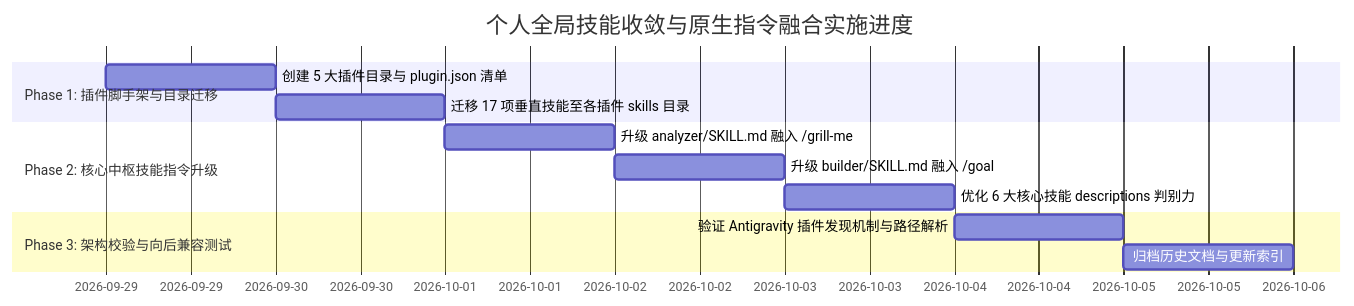
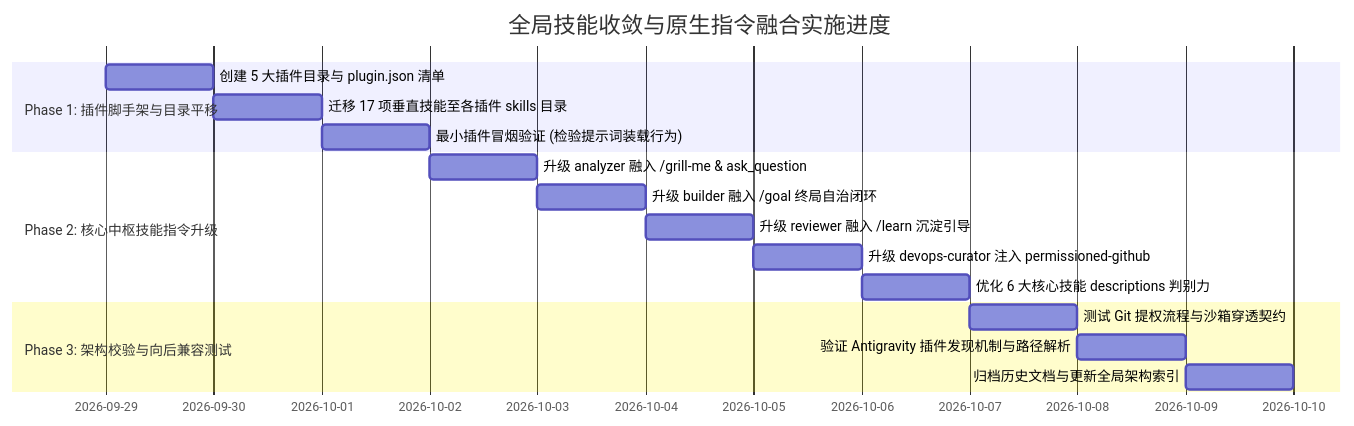
Before and after one commit to TREYWANGCQU/.gemini: the fifth of 5 diagrams in config/docs/20260928_global_skills_asset_convergence_and_command_integration_architecture.md, drawn with Mermaid. The commit also changed other lines of this file and 53 other files, not shown here.

Commit message:
feat: add global skill configurations and integration architecture document

````diff
--- a/config/docs/20260928_global_skills_asset_convergence_and_command_integration_architecture.md
+++ b/config/docs/20260928_global_skills_asset_convergence_and_command_integration_architecture.md
@@ -147,15 +203,19 @@
 ```mermaid
 gantt
-    title 个人全局技能收敛与原生指令融合实施进度
+    title 全局技能收敛与原生指令融合实施进度
     dateFormat  YYYY-MM-DD
-    section Phase 1: 插件脚手架与目录迁移
+    section Phase 1: 插件脚手架与目录平移
     创建 5 大插件目录与 plugin.json 清单  :p1_1, 2026-09-29, 1d
     迁移 17 项垂直技能至各插件 skills 目录 :p1_2, after p1_1, 1d
+    最小插件冒烟验证 (检验提示词装载行为)   :p1_3, after p1_2, 1d
     section Phase 2: 核心中枢技能指令升级
-    升级 analyzer/SKILL.md 融入 /grill-me  :p2_1, after p1_2, 1d
-    升级 builder/SKILL.md 融入 /goal      :p2_2, after p2_1, 1d
-    优化 6 大核心技能 descriptions 判别力  :p2_3, after p2_2, 1d
+    升级 analyzer 融入 /grill-me & ask_question :p2_1, after p1_3, 1d
+    升级 builder 融入 /goal 终局自治闭环         :p2_2, after p2_1, 1d
+    升级 reviewer 融入 /learn 沉淀引导           :p2_3, after p2_2, 1d
+    升级 devops-curator 注入 permissioned-github :p2_4, after p2_3, 1d
+    优化 6 大核心技能 descriptions 判别力        :p2_5, after p2_4, 1d
     section Phase 3: 架构校验与向后兼容测试
-    验证 Antigravity 插件发现机制与路径解析 :p3_1, after p2_3, 1d
-    归档历史文档与更新索引                :p3_2, after p3_1, 1d
+    测试 Git 提权流程与沙箱穿透契约             :p3_1, after p2_5, 1d
+    验证 Antigravity 插件发现机制与路径解析      :p3_2, after p3_1, 1d
+    归档历史文档与更新全局架构索引              :p3_3, after p3_2, 1d
 ```
````
